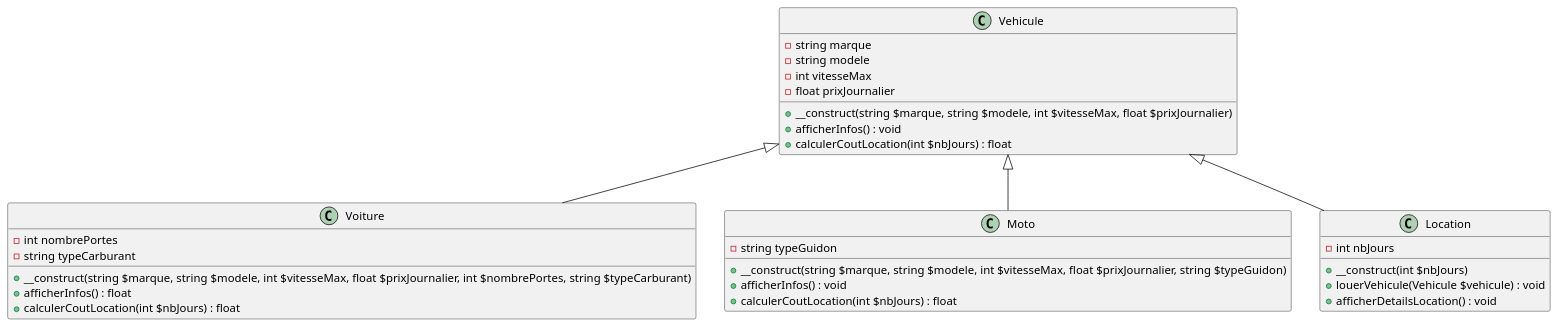
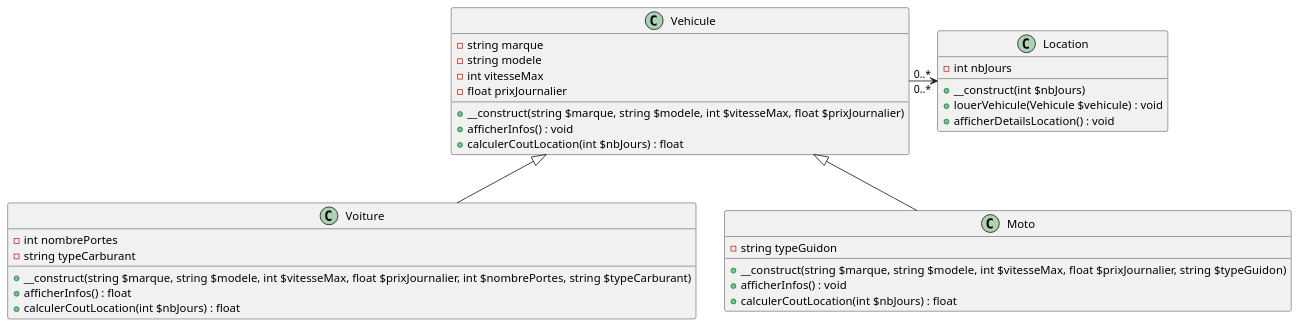
Before and after one commit to ThomasTZTM/LocationVoiture: the diagram in Diagramme de classe.puml, drawn with PlantUML. The commit also changed 1 other file, not shown here.

```diff
--- a/Diagramme de classe.puml
+++ b/Diagramme de classe.puml
@@ -1,44 +1,44 @@
 @startuml
 class Vehicule {
   - string marque
   - string modele
   - int vitesseMax
   - float prixJournalier
 
   + __construct(string $marque, string $modele, int $vitesseMax, float $prixJournalier)
   + afficherInfos() : void
   + calculerCoutLocation(int $nbJours) : float
 }
 
 class Voiture {
   - int nombrePortes
   - string typeCarburant
 
   + __construct(string $marque, string $modele, int $vitesseMax, float $prixJournalier, int $nombrePortes, string $typeCarburant)
   + afficherInfos() : float
   + calculerCoutLocation(int $nbJours) : float
 
   }
 
 class Moto {
   - string typeGuidon
 
   + __construct(string $marque, string $modele, int $vitesseMax, float $prixJournalier, string $typeGuidon)
   + afficherInfos() : void
   + calculerCoutLocation(int $nbJours) : float
 }
 
 
 class Location {
   - int nbJours
 
   + __construct(int $nbJours)
   + louerVehicule(Vehicule $vehicule) : void
   + afficherDetailsLocation() : void
 }
 
 Vehicule <|-- Voiture
 Vehicule <|-- Moto
-Vehicule <|-- Location
+Vehicule "0..*" -> "0..*" Location
 
 @enduml
```
